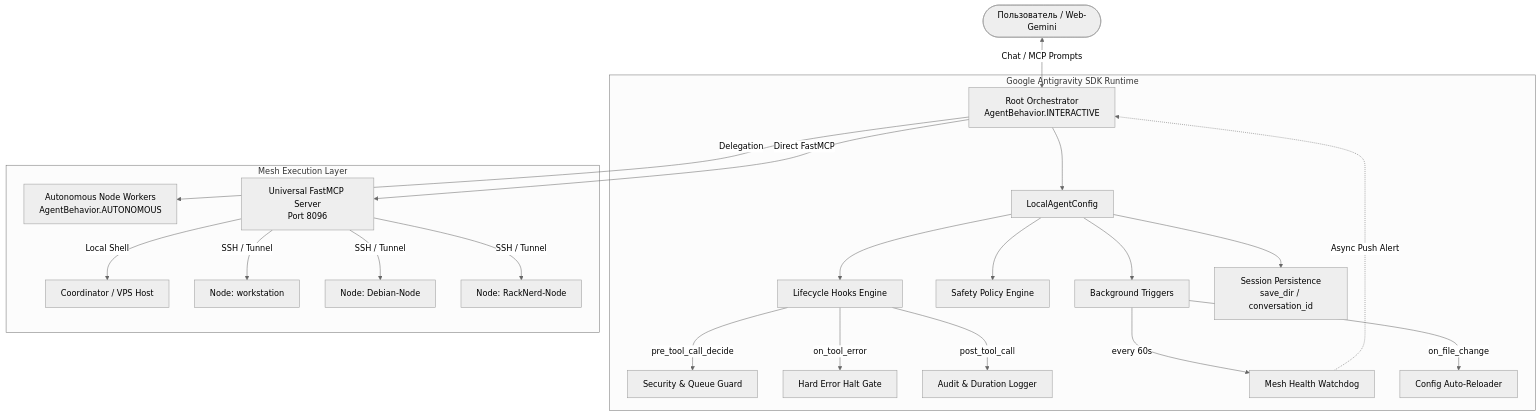
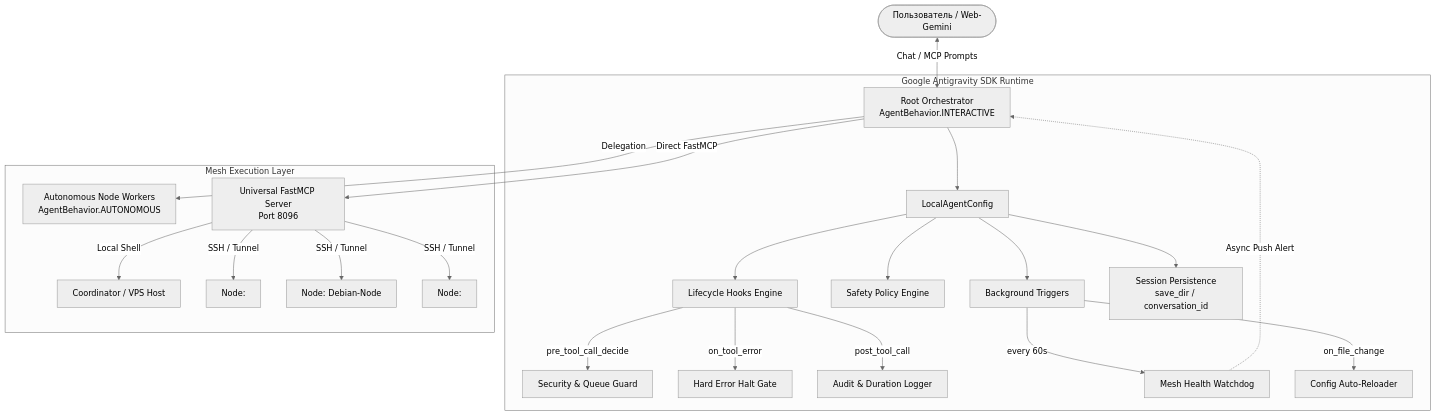
One commit to LevRa7/Computer-use-for-Gemini-App-Web changed the diagram in docs/superpowers/specs/2026-09-06-antigravity-sdk-integration-spec.md. Above: the diagram before and after it, drawn with Mermaid (neutral theme). The commit also changed 21 other files, not shown here.

````diff
--- a/docs/superpowers/specs/2026-09-06-antigravity-sdk-integration-spec.md
+++ b/docs/superpowers/specs/2026-09-06-antigravity-sdk-integration-spec.md
@@ -34,31 +34,31 @@
 ```mermaid
 flowchart TD
     User([Пользователь / Web-Gemini]) <-->|Chat / MCP Prompts| Orchestrator[Root Orchestrator<br/>AgentBehavior.INTERACTIVE]
     
     subgraph SDK_Runtime [Google Antigravity SDK Runtime]
         Orchestrator --> Config[LocalAgentConfig]
         Config --> Hooks[Lifecycle Hooks Engine]
         Config --> Policies[Safety Policy Engine]
         Config --> Triggers[Background Triggers]
         Config --> Persistence[Session Persistence<br/>save_dir / conversation_id]
         
         Hooks -->|pre_tool_call_decide| Guard[Security & Queue Guard]
         Hooks -->|on_tool_error| HardHalt[Hard Error Halt Gate]
         Hooks -->|post_tool_call| Telemetry[Audit & Duration Logger]
         
         Triggers -->|every 60s| Watchdog[Mesh Health Watchdog]
         Triggers -->|on_file_change| ConfigWatcher[Config Auto-Reloader]
     end
     
     subgraph Execution_Mesh [Mesh Execution Layer]
         Orchestrator -->|Delegation| WorkerSubagents[Autonomous Node Workers<br/>AgentBehavior.AUTONOMOUS]
         Orchestrator -->|Direct FastMCP| McpServer[Universal FastMCP Server<br/>Port 8096]
         
         McpServer -->|Local Shell| CoordinatorHost[Coordinator / VPS Host]
-        McpServer -->|SSH / Tunnel| NodeMatebook[Node: workstation]
+        McpServer -->|SSH / Tunnel| NodeWorkstation[Node: <workstation-host>]
         McpServer -->|SSH / Tunnel| NodeDebian[Node: Debian-Node]
-        McpServer -->|SSH / Tunnel| NodeRacknerd2[Node: RackNerd-Node]
+        McpServer -->|SSH / Tunnel| NodeVPS[Node: <vps-host>]
     end
 
     Watchdog -.->|Async Push Alert| Orchestrator
 ```
````
